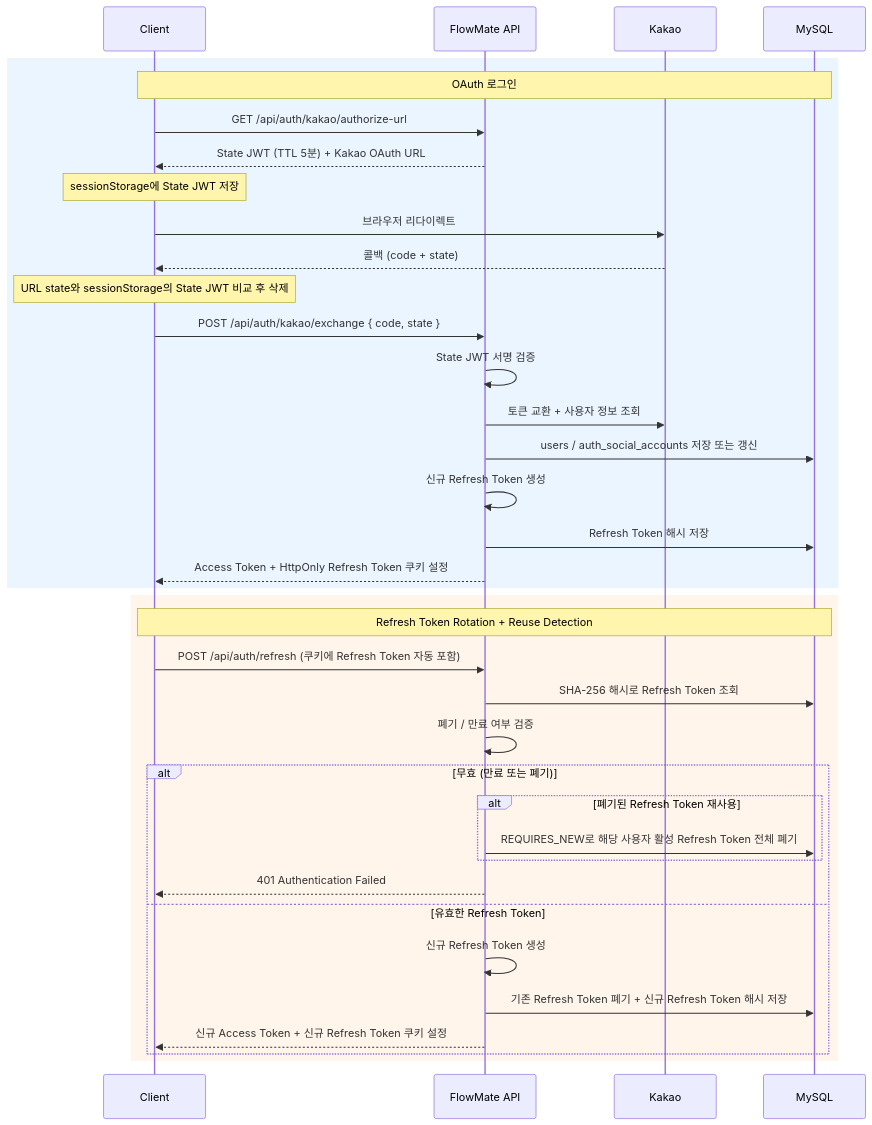
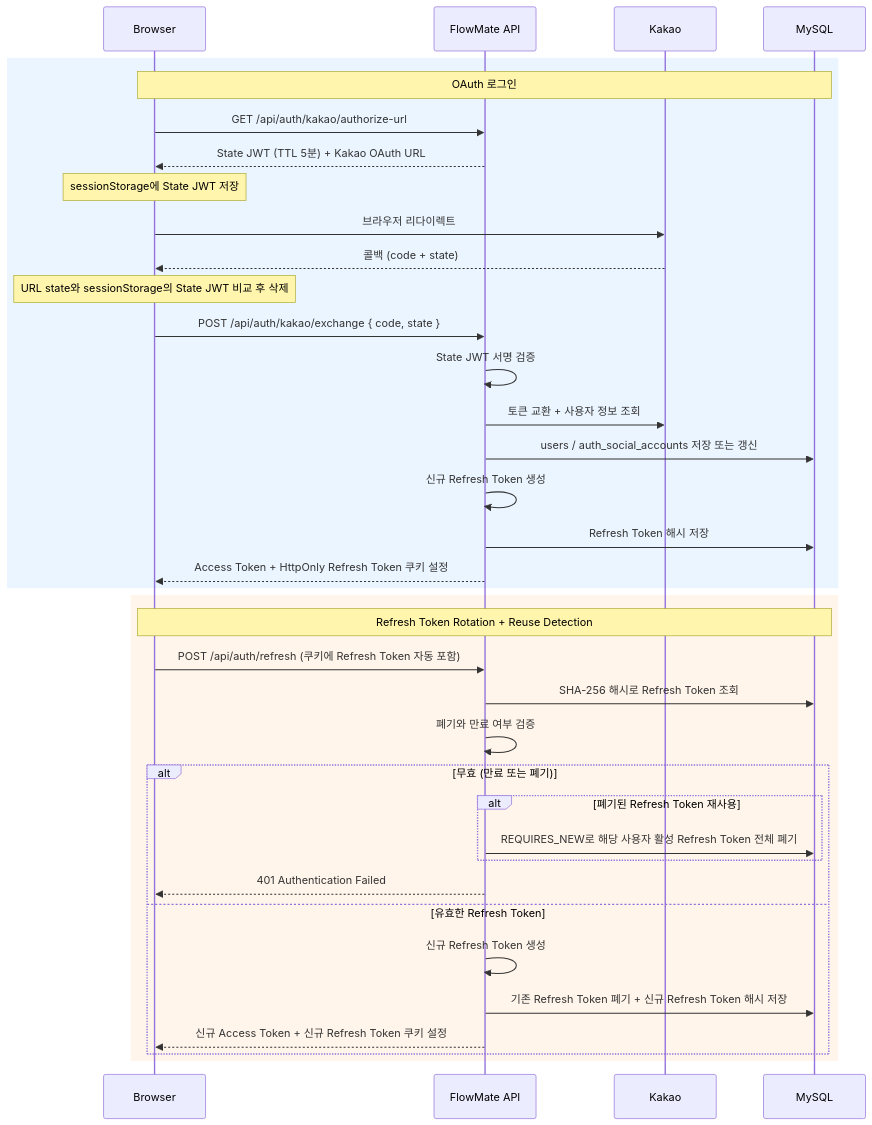
Before and after one commit to g1ennk/FlowMate: the diagram in docs/wiki/auth-evolution.md, drawn with Mermaid. The commit also changed other lines of this file, not shown here.

````diff
--- a/docs/wiki/auth-evolution.md
+++ b/docs/wiki/auth-evolution.md
@@ -133,41 +127,41 @@
 ```mermaid
 sequenceDiagram
-    participant C as Client
+    participant C as Browser
     participant S as FlowMate API
     participant K as Kakao
     participant DB as MySQL
 
     rect rgb(235, 245, 255)
         Note over C, DB: OAuth 로그인
         C ->> S: GET /api/auth/kakao/authorize-url
         S -->> C: State JWT (TTL 5분) + Kakao OAuth URL
         Note over C: sessionStorage에 State JWT 저장
         C ->> K: 브라우저 리다이렉트
         K -->> C: 콜백 (code + state)
         Note over C: URL state와 sessionStorage의 State JWT 비교 후 삭제
         C ->> S: POST /api/auth/kakao/exchange { code, state }
         S ->> S: State JWT 서명 검증
         S ->> K: 토큰 교환 + 사용자 정보 조회
         S ->> DB: users / auth_social_accounts 저장 또는 갱신
         S ->> S: 신규 Refresh Token 생성
         S ->> DB: Refresh Token 해시 저장
         S -->> C: Access Token + HttpOnly Refresh Token 쿠키 설정
     end
 
     rect rgb(255, 245, 235)
         Note over C, DB: Refresh Token Rotation + Reuse Detection
         C ->> S: POST /api/auth/refresh (쿠키에 Refresh Token 자동 포함)
         S ->> DB: SHA-256 해시로 Refresh Token 조회
-        S ->> S: 폐기 / 만료 여부 검증
+        S ->> S: 폐기와 만료 여부 검증
         alt 무효 (만료 또는 폐기)
             alt 폐기된 Refresh Token 재사용
                 S ->> DB: REQUIRES_NEW로 해당 사용자 활성 Refresh Token 전체 폐기
             end
             S -->> C: 401 Authentication Failed
         else 유효한 Refresh Token
             S ->> S: 신규 Refresh Token 생성
             S ->> DB: 기존 Refresh Token 폐기 + 신규 Refresh Token 해시 저장
             S -->> C: 신규 Access Token + 신규 Refresh Token 쿠키 설정
         end
     end
 ```
````
